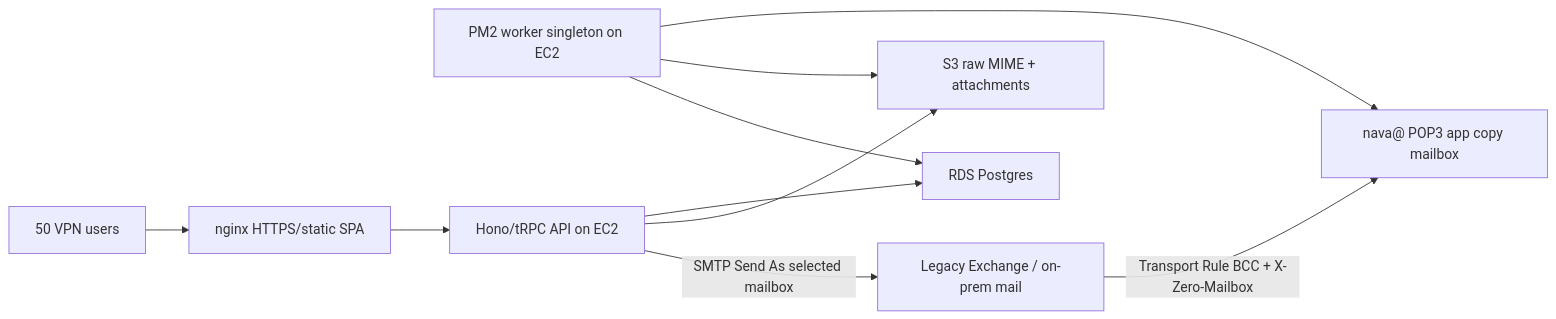
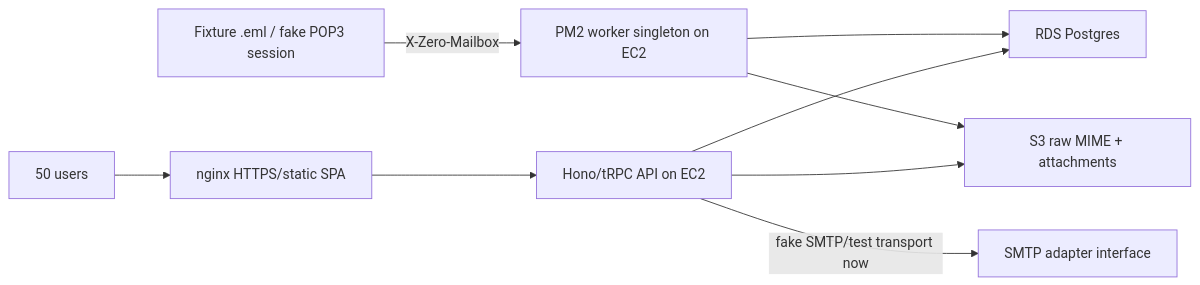
One commit to kufupa/Zero changed the first of 2 diagrams in docs/superpowers/plans/2026-07-01-ec2-production-v4-local-first-implementation-plan.md. Above: the diagram before and after it, drawn with Mermaid. The commit also changed other lines of this file, not shown here.

````diff
--- a/docs/superpowers/plans/2026-07-01-ec2-production-v4-local-first-implementation-plan.md
+++ b/docs/superpowers/plans/2026-07-01-ec2-production-v4-local-first-implementation-plan.md
@@ -69,12 +105,11 @@
 ```mermaid
 flowchart LR
-  exchange["Legacy Exchange / on-prem mail"] -->|"Transport Rule BCC + X-Zero-Mailbox"| nava["nava@ POP3 app copy mailbox"]
-  worker["PM2 worker singleton on EC2"] --> nava
+  fixture["Fixture .eml / fake POP3 session"] -->|"X-Zero-Mailbox"| worker["PM2 worker singleton on EC2"]
   worker --> s3["S3 raw MIME + attachments"]
   worker --> rds["RDS Postgres"]
-  users["50 VPN users"] --> nginx["nginx HTTPS/static SPA"]
+  users["50 users"] --> nginx["nginx HTTPS/static SPA"]
   nginx --> api["Hono/tRPC API on EC2"]
   api --> rds
   api --> s3
-  api -->|"SMTP Send As selected mailbox"| exchange
+  api -->|"fake SMTP/test transport now"| smtp["SMTP adapter interface"]
 ```
````
